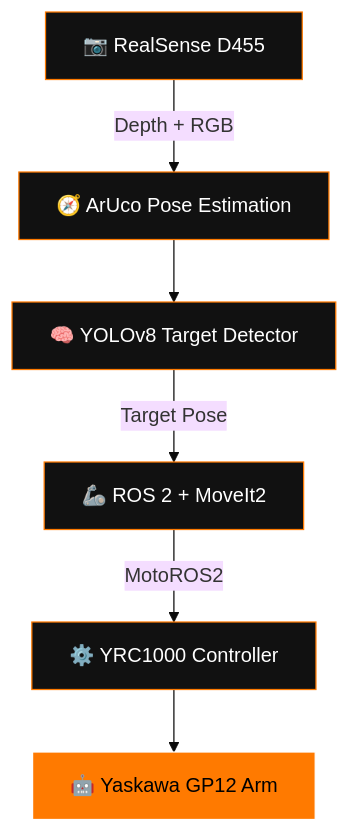
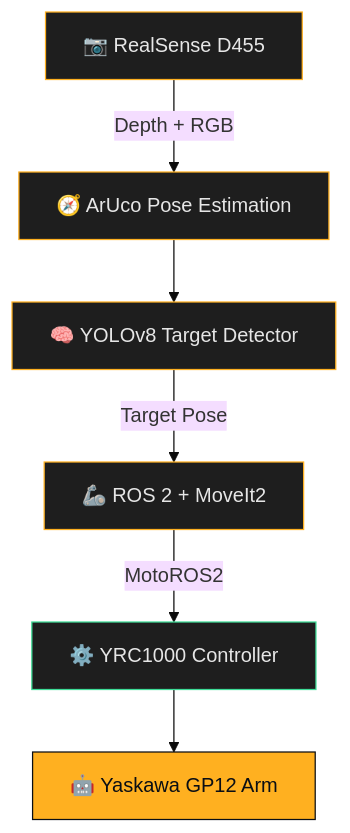
The second of 2 diagrams in README.md (ombhagwat18/ombhagwat18), drawn with Mermaid (base theme) before and after one commit. The commit also changed other lines of this file, not shown here.

````diff
--- a/README.md
+++ b/README.md
@@ -133,14 +156,15 @@
 ```mermaid
-graph TD
-    A[📷 RealSense D455] -->|Depth + RGB| B[🧭 ArUco Pose Estimation]
-    B --> C[🧠 YOLOv8 Target Detector]
-    C -->|Target Pose| D[🦾 ROS 2 + MoveIt2]
-    D -->|MotoROS2| E[⚙️ YRC1000 Controller]
-    E --> F[🤖 Yaskawa GP12 Arm]
-    style A fill:#111,stroke:#FF7A00,color:#fff
-    style B fill:#111,stroke:#FF7A00,color:#fff
-    style C fill:#111,stroke:#FF7A00,color:#fff
-    style D fill:#111,stroke:#FF7A00,color:#fff
-    style E fill:#111,stroke:#FF7A00,color:#fff
-    style F fill:#FF7A00,stroke:#fff,color:#000
+flowchart TD
+    A["📷 RealSense D455"] -->|Depth + RGB| B["🧭 ArUco Pose Estimation"]
+    B --> C["🧠 YOLOv8 Target Detector"]
+    C -->|Target Pose| D["🦾 ROS 2 + MoveIt2"]
+    D -->|MotoROS2| E["⚙️ YRC1000 Controller"]
+    E --> F["🤖 Yaskawa GP12 Arm"]
+
+    style A fill:#1E1E1E,stroke:#FFB020,color:#E6E6E6
+    style B fill:#1E1E1E,stroke:#FFB020,color:#E6E6E6
+    style C fill:#1E1E1E,stroke:#FFB020,color:#E6E6E6
+    style D fill:#1E1E1E,stroke:#FFB020,color:#E6E6E6
+    style E fill:#1E1E1E,stroke:#3DDC97,color:#E6E6E6
+    style F fill:#FFB020,stroke:#0A0E14,color:#0A0E14
 ```
````
